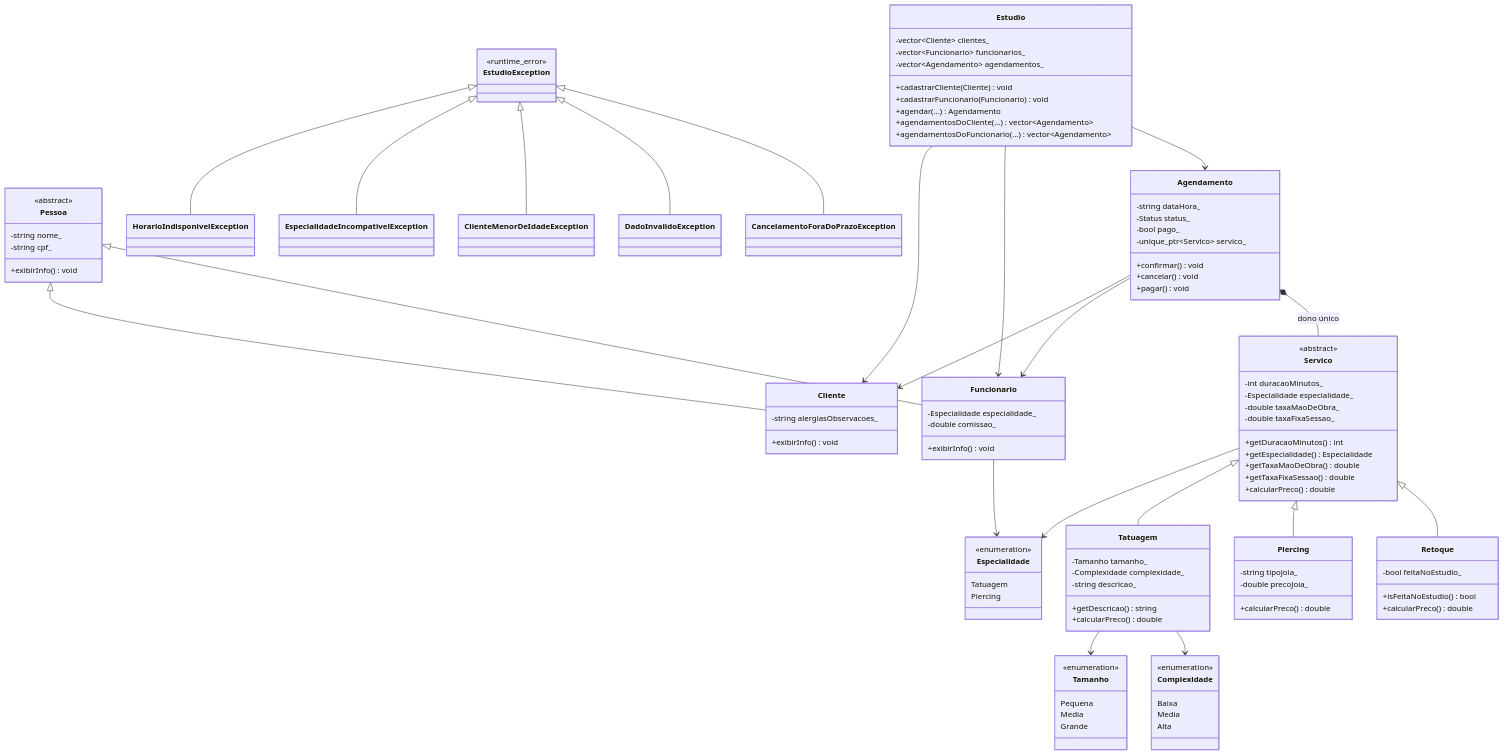
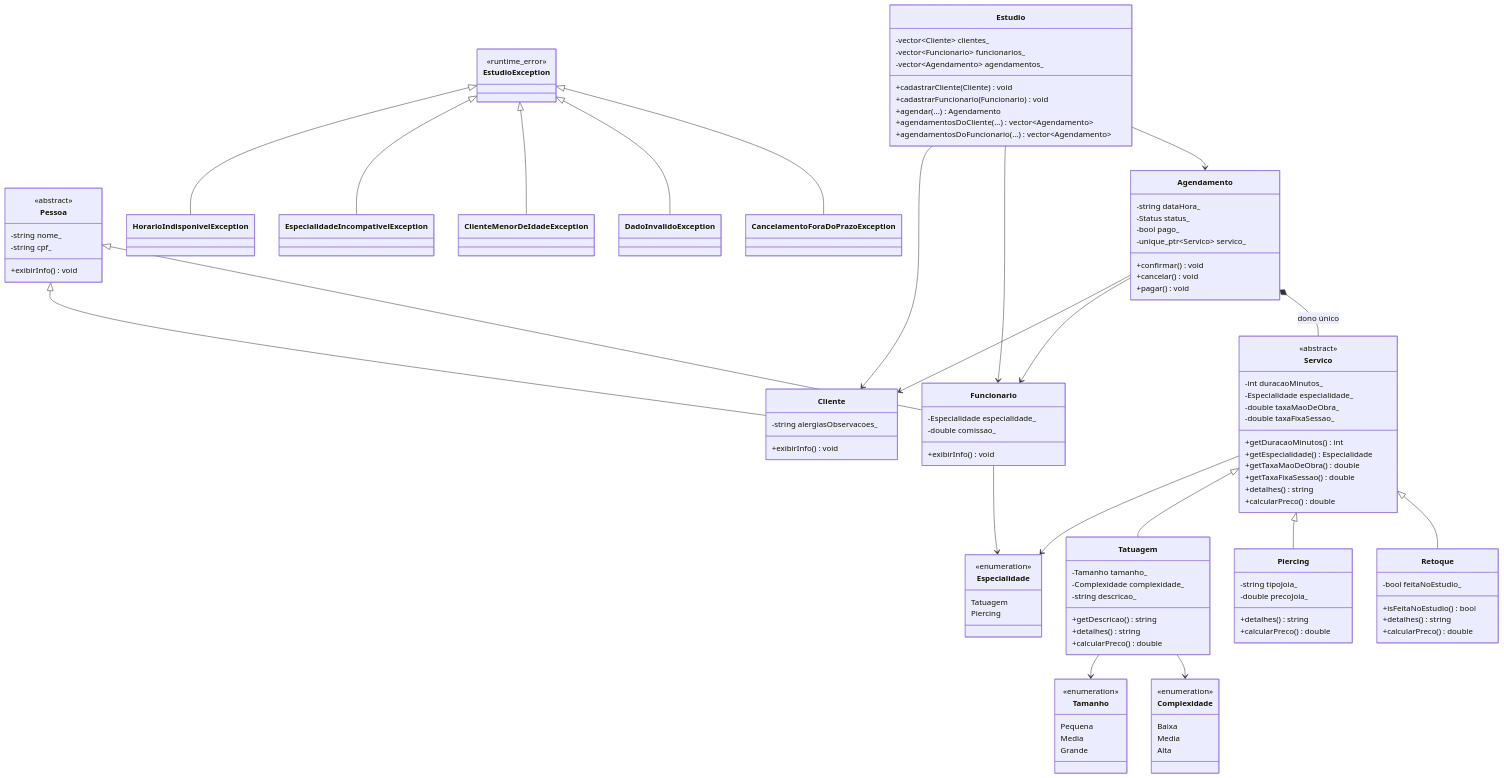
Before and after one commit to lfvperes/estudio-tatuagem: the diagram in README.md, drawn with Mermaid. The commit also changed 9 other files, not shown here.

```diff
--- a/README.md
+++ b/README.md
@@ -64,6 +64,7 @@
         +getEspecialidade() Especialidade
         +getTaxaMaoDeObra() double
         +getTaxaFixaSessao() double
+        +detalhes() string
         +calcularPreco() double
     }
 
@@ -72,6 +73,7 @@
         -Complexidade complexidade_
         -string descricao_
         +getDescricao() string
+        +detalhes() string
         +calcularPreco() double
     }
 
@@ -95,12 +97,14 @@
     class Piercing {
         -string tipoJoia_
         -double precoJoia_
+        +detalhes() string
         +calcularPreco() double
     }
 
     class Retoque {
         -bool feitaNoEstudio_
         +isFeitaNoEstudio() bool
+        +detalhes() string
         +calcularPreco() double
     }
 
```
